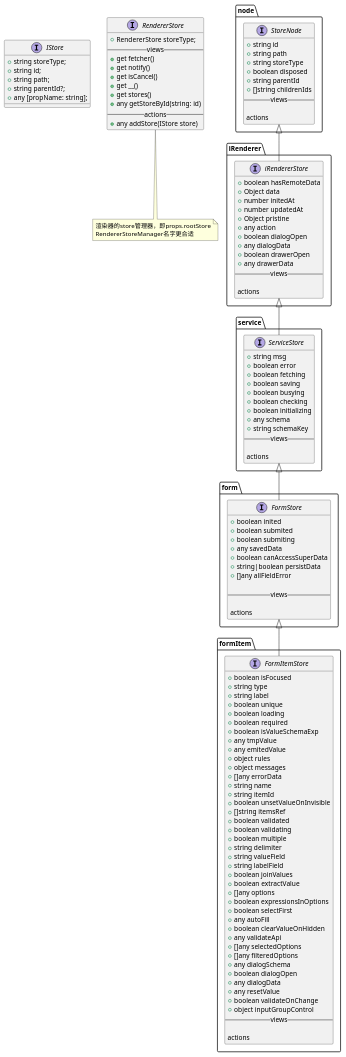
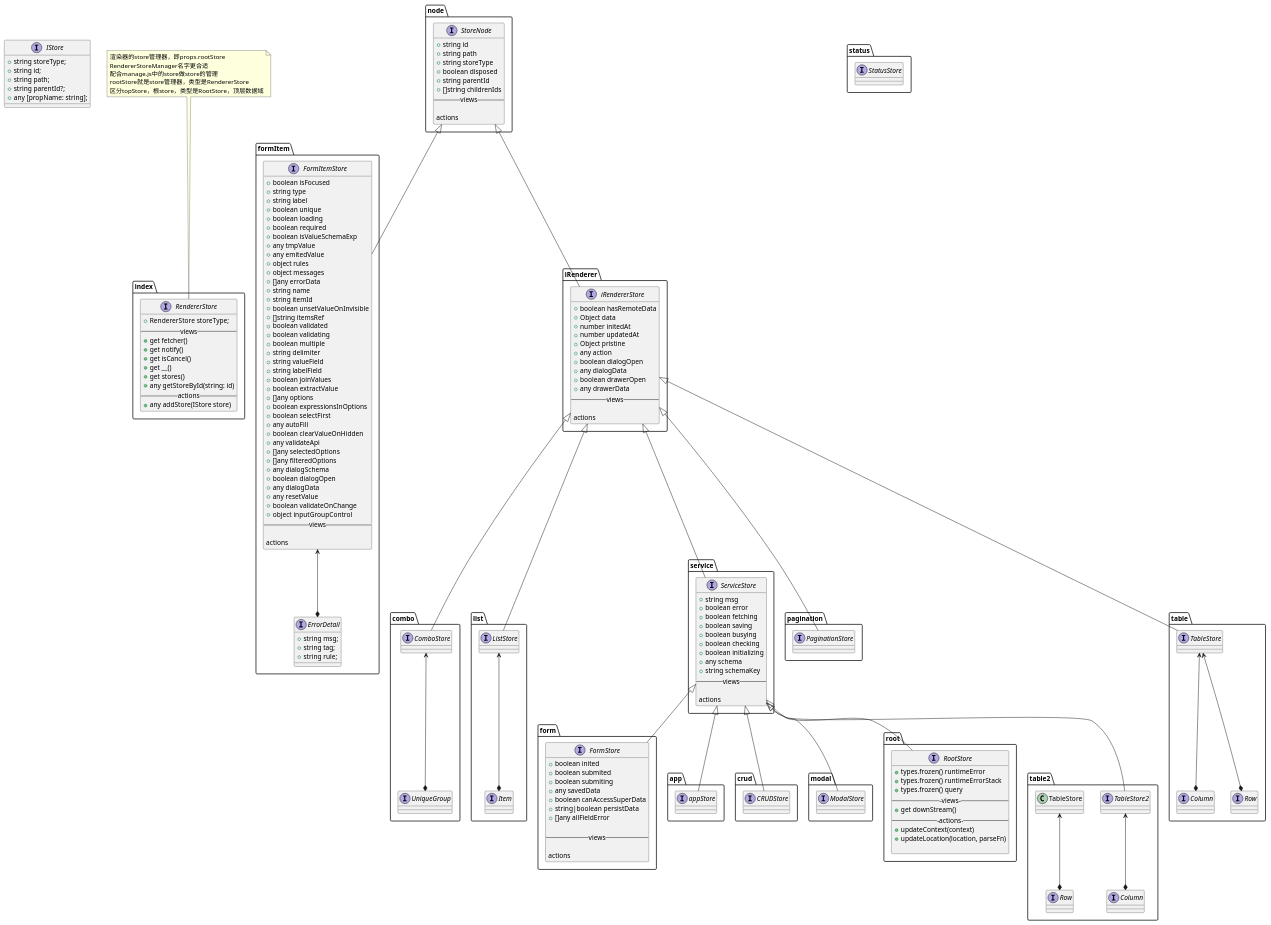
The diagram in doc/专业知识/amis/store-design.wsd (TigerWFH/webapp), drawn with PlantUML before and after one commit. The commit also changed 2 other files, not shown here.

```diff
--- a/doc/专业知识/amis/store-design.wsd
+++ b/doc/专业知识/amis/store-design.wsd
@@ -8,7 +8,7 @@
     + any [propName: string];
 }
 
-interface RendererStore {
+interface index.RendererStore {
     + RendererStore storeType;
     --views--
     + get fetcher()
@@ -20,9 +20,12 @@
     --actions--
     + any addStore(IStore store)
 }
-note bottom
+note top
     渲染器的store管理器，即props.rootStore
     RendererStoreManager名字更合适
+    配合manage.js中的store做store的管理
+    rootStore就是store管理器，类型是RendererStore
+    区分topStore，根store，类型是RootStore，顶层数据域
 end note
 
 interface node.StoreNode {
@@ -86,7 +89,7 @@
     --actions-- 
 }
 
-form.FormStore <|-- formItem.FormItemStore
+node.StoreNode <|-- formItem.FormItemStore
 interface formItem.FormItemStore {
     + boolean isFocused
     + string type
@@ -131,6 +134,87 @@
     --actions-- 
 }
 
+formItem.FormItemStore <--* formItem.ErrorDetail 
+interface formItem.ErrorDetail {
+    + string msg;
+    + string tag;
+    + string rule;
+}
+
+service.ServiceStore <|-- app.appStore
+interface app.appStore {
+
+}
+
+iRenderer.iRendererStore <|-- combo.ComboStore
+interface combo.ComboStore {
+
+}
+
+combo.ComboStore <--* combo.UniqueGroup
+interface combo.UniqueGroup {
+
+}
+
+service.ServiceStore <|-- crud.CRUDStore
+interface crud.CRUDStore {
+
+}
+
+iRenderer.iRendererStore <|-- list.ListStore
+interface list.ListStore {
+
+}
+
+list.ListStore <--* list.Item
+interface list.Item {
+
+}
+
+service.ServiceStore <|-- modal.ModalStore
+interface modal.ModalStore {
+
+}
+
+iRenderer.iRendererStore <|-- pagination.PaginationStore
+interface pagination.PaginationStore {
+
+}
+
+service.ServiceStore <|-- root.RootStore
+interface root.RootStore {
+    + types.frozen() runtimeError
+    + types.frozen() runtimeErrorStack
+    + types.frozen() query
+    ---views---
+    + get downStream()
+    ---actions---
+    + updateContext(context)
+    + updateLocation(location, parseFn)
+
+}
+
+interface status.StatusStore {}
+
+iRenderer.iRendererStore <|-- table.TableStore
+
+interface table.TableStore {}
+
+table.TableStore <--* table.Column
+interface table.Column {}
+
+table.TableStore <--* table.Row
+interface table.Row {}
+
+service.ServiceStore <|-- table2.TableStore2
+
+interface table2.TableStore2 {}
+
+table2.TableStore2 <--* table2.Column
+interface table2.Column {}
+
+table2.TableStore <--* table2.Row
+interface table2.Row {}
 
 
 
```
